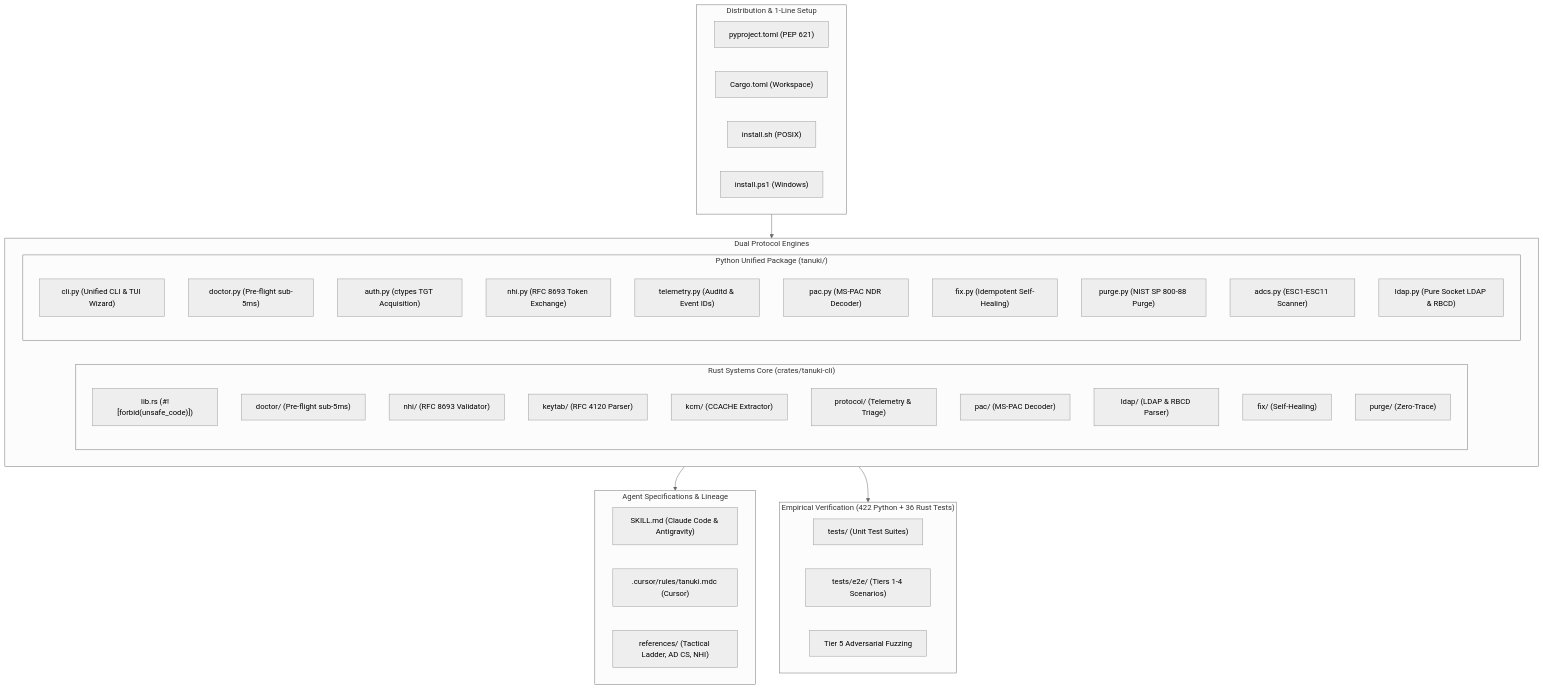
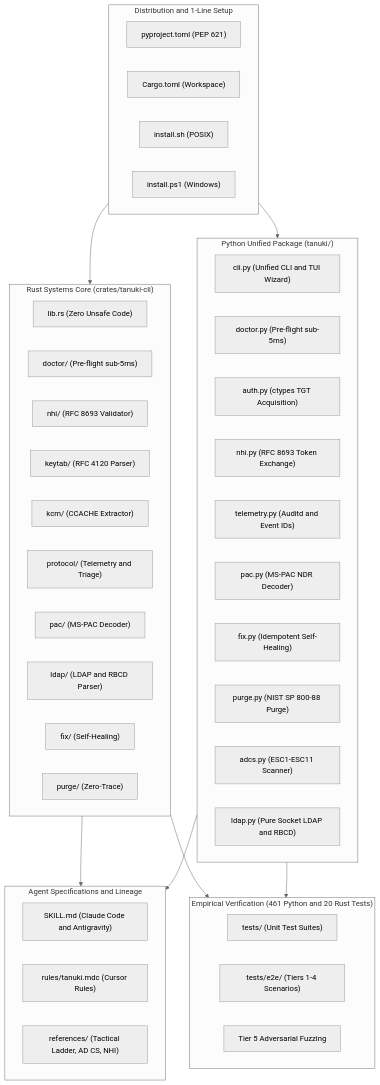
Before and after one commit to Mafifrizi/tanuki: the diagram in README.md, drawn with Mermaid (neutral theme). The commit also changed other lines of this file, not shown here.

Commit message:
fix(docs): resolve GitHub mermaid parsing error by flattening compound subgraphs and sanitizing delimiters

````diff
--- a/README.md
+++ b/README.md
@@ -531,53 +531,54 @@
 ```mermaid
 flowchart TD
-    subgraph DIST["Distribution & 1-Line Setup"]
+    subgraph DIST["Distribution and 1-Line Setup"]
         M1["pyproject.toml (PEP 621)"]
         M2["Cargo.toml (Workspace)"]
         I1["install.sh (POSIX)"]
         I2["install.ps1 (Windows)"]
     end
 
-    subgraph ENGINES["Dual Protocol Engines"]
-        subgraph RUST_ENGINE["Rust Systems Core (crates/tanuki-cli)"]
-            R_LIB["lib.rs (#![forbid(unsafe_code)])"]
-            R_DOC["doctor/ (Pre-flight sub-5ms)"]
-            R_NHI["nhi/ (RFC 8693 Validator)"]
-            R_KT["keytab/ (RFC 4120 Parser)"]
-            R_KCM["kcm/ (CCACHE Extractor)"]
-            R_TEL["protocol/ (Telemetry & Triage)"]
-            R_PAC["pac/ (MS-PAC Decoder)"]
-            R_LDAP["ldap/ (LDAP & RBCD Parser)"]
-            R_FIX["fix/ (Self-Healing)"]
-            R_PURGE["purge/ (Zero-Trace)"]
-        end
-
-        subgraph PY_ENGINE["Python Unified Package (tanuki/)"]
-            P_CLI["cli.py (Unified CLI & TUI Wizard)"]
-            P_DOC["doctor.py (Pre-flight sub-5ms)"]
-            P_AUTH["auth.py (ctypes TGT Acquisition)"]
-            P_NHI["nhi.py (RFC 8693 Token Exchange)"]
-            P_TEL["telemetry.py (Auditd & Event IDs)"]
-            P_PAC["pac.py (MS-PAC NDR Decoder)"]
-            P_FIX["fix.py (Idempotent Self-Healing)"]
-            P_PURGE["purge.py (NIST SP 800-88 Purge)"]
-            P_ADCS["adcs.py (ESC1-ESC11 Scanner)"]
-            P_LDAP["ldap.py (Pure Socket LDAP & RBCD)"]
-        end
+    subgraph RUST_ENGINE["Rust Systems Core (crates/tanuki-cli)"]
+        R_LIB["lib.rs (Zero Unsafe Code)"]
+        R_DOC["doctor/ (Pre-flight sub-5ms)"]
+        R_NHI["nhi/ (RFC 8693 Validator)"]
+        R_KT["keytab/ (RFC 4120 Parser)"]
+        R_KCM["kcm/ (CCACHE Extractor)"]
+        R_TEL["protocol/ (Telemetry and Triage)"]
+        R_PAC["pac/ (MS-PAC Decoder)"]
+        R_LDAP["ldap/ (LDAP and RBCD Parser)"]
+        R_FIX["fix/ (Self-Healing)"]
+        R_PURGE["purge/ (Zero-Trace)"]
     end
 
-    subgraph AGENT_LAYER["Agent Specifications & Lineage"]
-        S1["SKILL.md (Claude Code & Antigravity)"]
-        S2[".cursor/rules/tanuki.mdc (Cursor)"]
+    subgraph PY_ENGINE["Python Unified Package (tanuki/)"]
+        P_CLI["cli.py (Unified CLI and TUI Wizard)"]
+        P_DOC["doctor.py (Pre-flight sub-5ms)"]
+        P_AUTH["auth.py (ctypes TGT Acquisition)"]
+        P_NHI["nhi.py (RFC 8693 Token Exchange)"]
+        P_TEL["telemetry.py (Auditd and Event IDs)"]
+        P_PAC["pac.py (MS-PAC NDR Decoder)"]
+        P_FIX["fix.py (Idempotent Self-Healing)"]
+        P_PURGE["purge.py (NIST SP 800-88 Purge)"]
+        P_ADCS["adcs.py (ESC1-ESC11 Scanner)"]
+        P_LDAP["ldap.py (Pure Socket LDAP and RBCD)"]
+    end
+
+    subgraph AGENT_LAYER["Agent Specifications and Lineage"]
+        S1["SKILL.md (Claude Code and Antigravity)"]
+        S2["rules/tanuki.mdc (Cursor Rules)"]
         S3["references/ (Tactical Ladder, AD CS, NHI)"]
     end
 
-    subgraph VERIFICATION["Empirical Verification (422 Python + 36 Rust Tests)"]
+    subgraph VERIFICATION["Empirical Verification (461 Python and 20 Rust Tests)"]
         V1["tests/ (Unit Test Suites)"]
         V2["tests/e2e/ (Tiers 1-4 Scenarios)"]
         V3["Tier 5 Adversarial Fuzzing"]
     end
 
-    DIST --> ENGINES
-    ENGINES --> AGENT_LAYER
-    ENGINES --> VERIFICATION
+    DIST --> RUST_ENGINE
+    DIST --> PY_ENGINE
+    RUST_ENGINE --> AGENT_LAYER
+    PY_ENGINE --> AGENT_LAYER
+    RUST_ENGINE --> VERIFICATION
+    PY_ENGINE --> VERIFICATION
 ```
````
